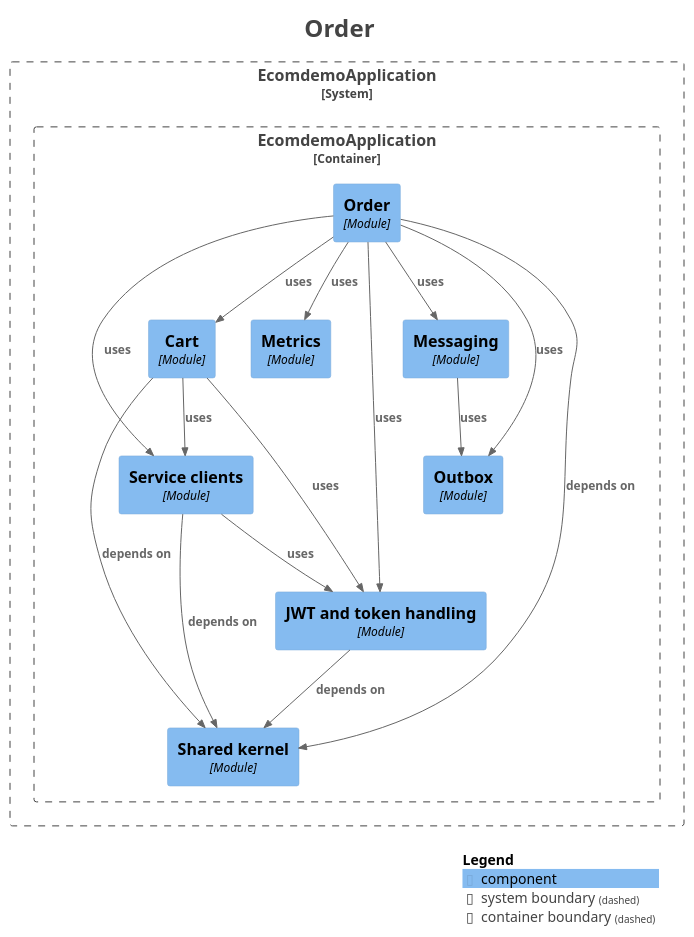
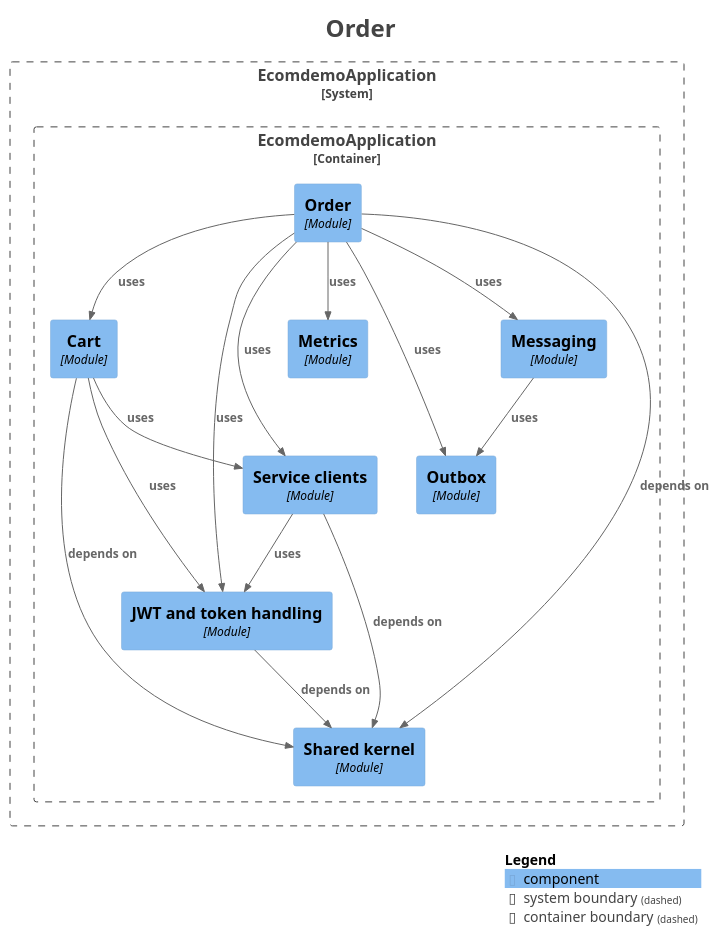
One commit to mr-sujay-patil/ecomdemo changed the diagram in docs/modules/module-order.puml. Above: the diagram before and after it, drawn with PlantUML. The commit also changed other lines of this file and 16 other files, not shown here.

```diff
--- a/docs/modules/module-order.puml
+++ b/docs/modules/module-order.puml
@@ -1,49 +1,49 @@
 @startuml
 title <size:24>Order</size>
 
 set separator none
 top to bottom direction
 
 <style>
   root {
     BackgroundColor: #ffffff
     FontColor: #444444
   }
 </style>
 
 !include <C4/C4>
 !include <C4/C4_Context>
 !include <C4/C4_Component>
 
 System_Boundary("EcomdemoApplication_boundary", "EcomdemoApplication", $tags="") {
   Container_Boundary("EcomdemoApplication.EcomdemoApplication_boundary", "EcomdemoApplication", $tags="") {
+    Component(EcomdemoApplication.EcomdemoApplication.Messaging, "Messaging", $techn="Module", $descr="", $tags="", $link="")
     Component(EcomdemoApplication.EcomdemoApplication.Serviceclients, "Service clients", $techn="Module", $descr="", $tags="", $link="")
     Component(EcomdemoApplication.EcomdemoApplication.Cart, "Cart", $techn="Module", $descr="", $tags="", $link="")
     Component(EcomdemoApplication.EcomdemoApplication.Order, "Order", $techn="Module", $descr="", $tags="", $link="")
     Component(EcomdemoApplication.EcomdemoApplication.Metrics, "Metrics", $techn="Module", $descr="", $tags="", $link="")
     Component(EcomdemoApplication.EcomdemoApplication.Outbox, "Outbox", $techn="Module", $descr="", $tags="", $link="")
     Component(EcomdemoApplication.EcomdemoApplication.Sharedkernel, "Shared kernel", $techn="Module", $descr="", $tags="", $link="")
     Component(EcomdemoApplication.EcomdemoApplication.JWTandtokenhandling, "JWT and token handling", $techn="Module", $descr="", $tags="", $link="")
-    Component(EcomdemoApplication.EcomdemoApplication.Messaging, "Messaging", $techn="Module", $descr="", $tags="", $link="")
   }
 
 }
 
 Rel(EcomdemoApplication.EcomdemoApplication.Cart, EcomdemoApplication.EcomdemoApplication.JWTandtokenhandling, "uses", $techn="", $tags="", $link="")
 Rel(EcomdemoApplication.EcomdemoApplication.Cart, EcomdemoApplication.EcomdemoApplication.Serviceclients, "uses", $techn="", $tags="", $link="")
 Rel(EcomdemoApplication.EcomdemoApplication.Cart, EcomdemoApplication.EcomdemoApplication.Sharedkernel, "depends on", $techn="", $tags="", $link="")
 Rel(EcomdemoApplication.EcomdemoApplication.JWTandtokenhandling, EcomdemoApplication.EcomdemoApplication.Sharedkernel, "depends on", $techn="", $tags="", $link="")
 Rel(EcomdemoApplication.EcomdemoApplication.Messaging, EcomdemoApplication.EcomdemoApplication.Outbox, "uses", $techn="", $tags="", $link="")
 Rel(EcomdemoApplication.EcomdemoApplication.Order, EcomdemoApplication.EcomdemoApplication.Cart, "uses", $techn="", $tags="", $link="")
 Rel(EcomdemoApplication.EcomdemoApplication.Order, EcomdemoApplication.EcomdemoApplication.JWTandtokenhandling, "uses", $techn="", $tags="", $link="")
 Rel(EcomdemoApplication.EcomdemoApplication.Order, EcomdemoApplication.EcomdemoApplication.Messaging, "uses", $techn="", $tags="", $link="")
 Rel(EcomdemoApplication.EcomdemoApplication.Order, EcomdemoApplication.EcomdemoApplication.Metrics, "uses", $techn="", $tags="", $link="")
 Rel(EcomdemoApplication.EcomdemoApplication.Order, EcomdemoApplication.EcomdemoApplication.Outbox, "uses", $techn="", $tags="", $link="")
 Rel(EcomdemoApplication.EcomdemoApplication.Order, EcomdemoApplication.EcomdemoApplication.Serviceclients, "uses", $techn="", $tags="", $link="")
 Rel(EcomdemoApplication.EcomdemoApplication.Order, EcomdemoApplication.EcomdemoApplication.Sharedkernel, "depends on", $techn="", $tags="", $link="")
 Rel(EcomdemoApplication.EcomdemoApplication.Serviceclients, EcomdemoApplication.EcomdemoApplication.JWTandtokenhandling, "uses", $techn="", $tags="", $link="")
 Rel(EcomdemoApplication.EcomdemoApplication.Serviceclients, EcomdemoApplication.EcomdemoApplication.Sharedkernel, "depends on", $techn="", $tags="", $link="")
 
 SHOW_LEGEND(true)
 hide stereotypes
 @enduml
```
